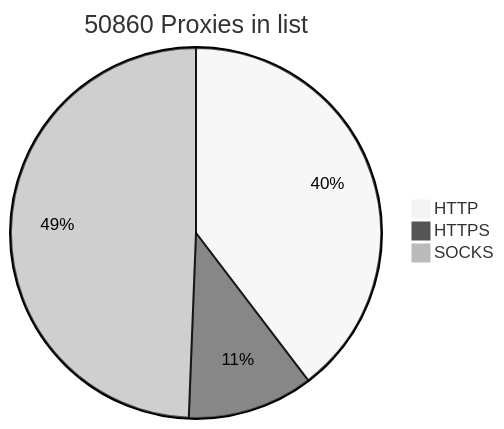
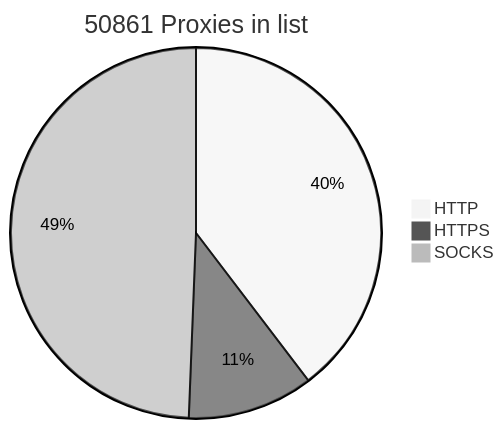
One commit to BlackSnowDot/proxylist-update-every-minute changed the diagram in README.md. Above: the diagram before and after it, drawn with Mermaid (neutral theme).

````diff
--- a/README.md
+++ b/README.md
@@ -2,6 +2,6 @@
 ```mermaid
-pie title 50860 Proxies in list
+pie title 50861 Proxies in list
     "HTTP" : 22329
     "HTTPS": 6184
-    "SOCKS" : 27812
+    "SOCKS" : 27813
 ```
````
